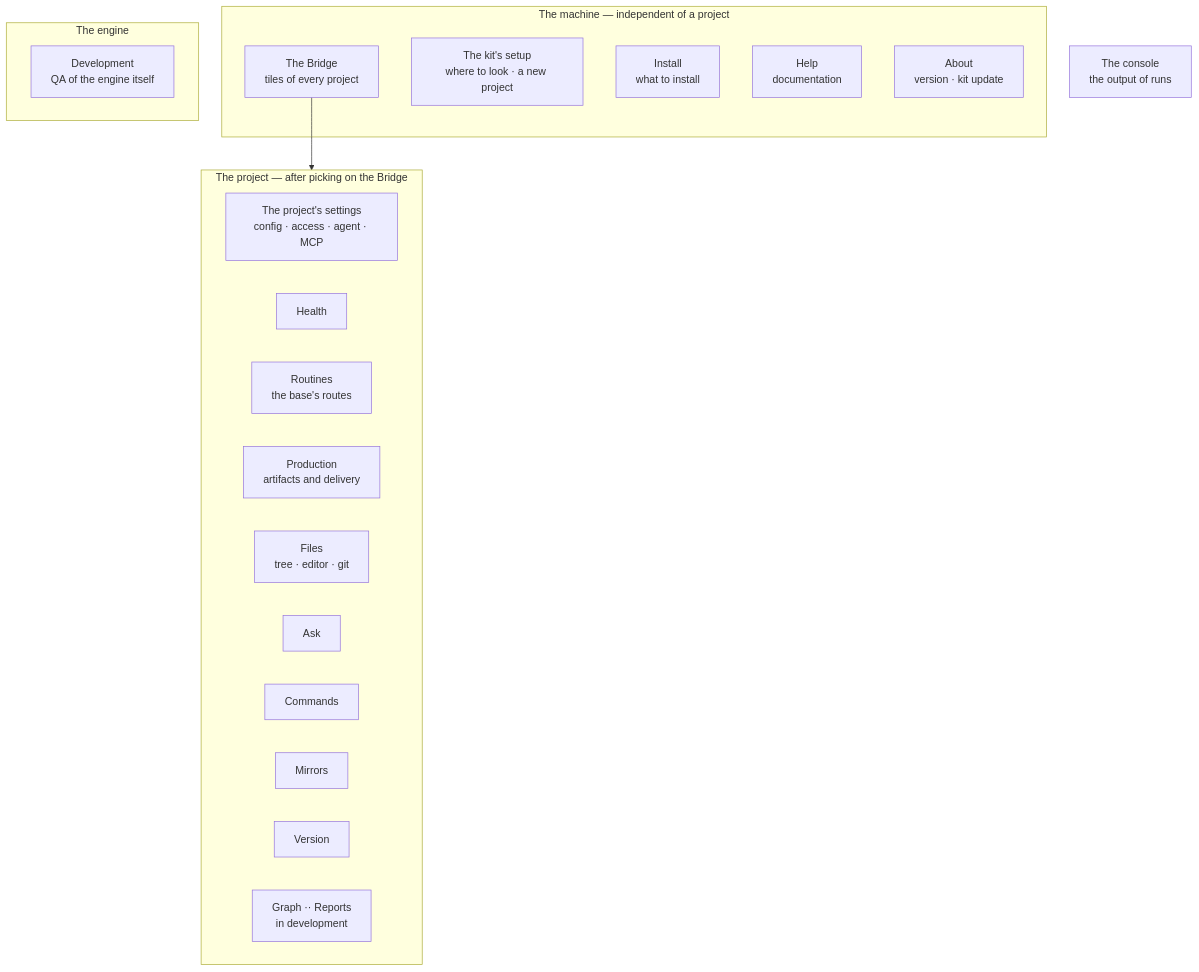
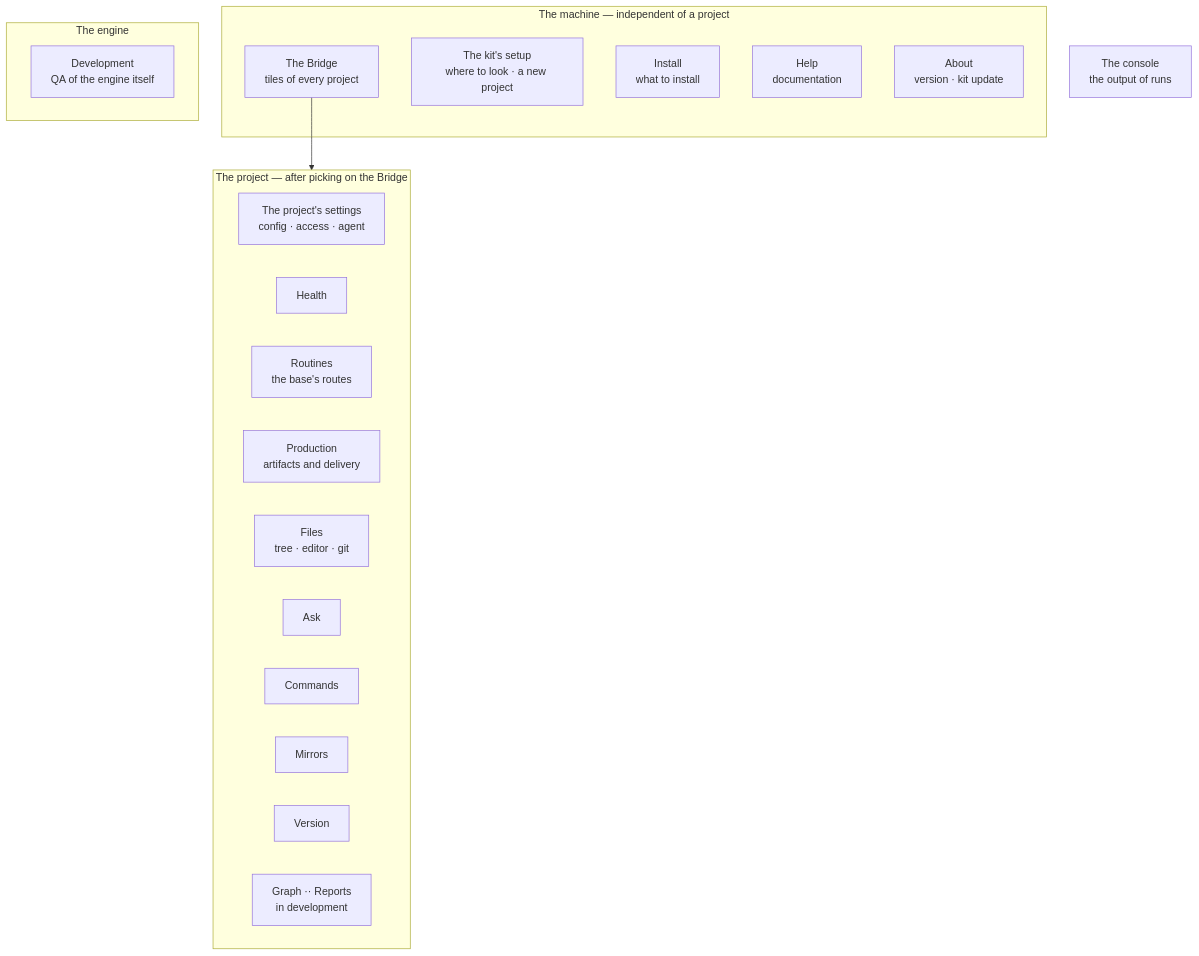
Before and after one commit to VVG-web/aurora-studio: the first of 2 diagrams in docs/en/control-panel.md, drawn with Mermaid. The commit also changed other lines of this file and 30 other files, not shown here.

````diff
--- a/docs/en/control-panel.md
+++ b/docs/en/control-panel.md
@@ -48,27 +48,27 @@
 ```mermaid
 flowchart TB
   subgraph M["The machine — independent of a project"]
     B["The Bridge<br>tiles of every project"]
     S["The kit's setup<br>where to look · a new project"]
     I["Install<br>what to install"]
     R["Help<br>documentation"]
     A["About<br>version · kit update"]
   end
   subgraph P["The project — after picking on the Bridge"]
-    PS["The project's settings<br>config · access · agent · MCP"]
+    PS["The project's settings<br>config · access · agent"]
     H["Health"]
     Q["Routines<br>the base's routes"]
     W["Production<br>artifacts and delivery"]
     F["Files<br>tree · editor · git"]
     AS["Ask"]
     CM["Commands"]
     MR["Mirrors"]
     V["Version"]
     G["Graph ·· Reports<br>in development"]
   end
   subgraph E["The engine"]
     D["Development<br>QA of the engine itself"]
   end
   C["The console<br>the output of runs"]
   B --> P
 ```
````
